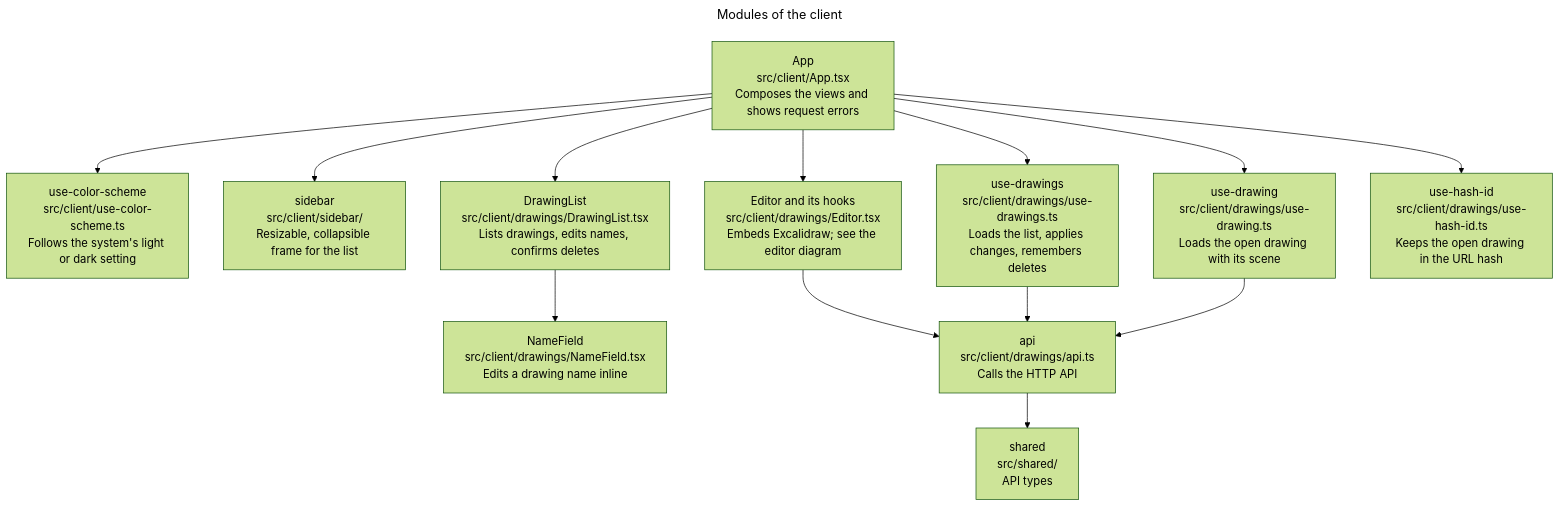
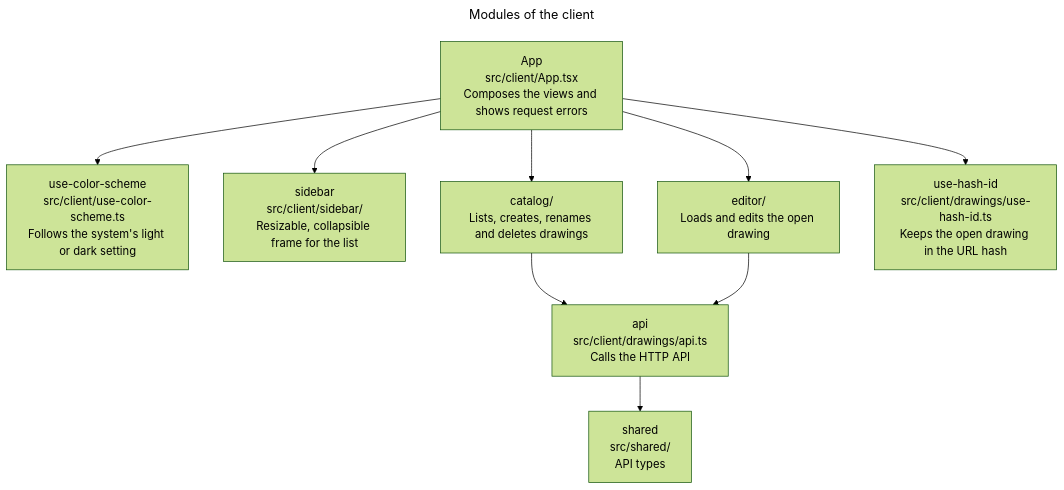
One commit to remshams/excalidraw-dashboard changed the fifth of 10 diagrams in docs/architecture/architecture.md. Above: the diagram before and after it, drawn with Mermaid (forest theme). The commit also changed other lines of this file and 1 other file, not shown here.

Commit message:
docs(Architecture): describe the editor and catalog modules

````diff
--- a/docs/architecture/architecture.md
+++ b/docs/architecture/architecture.md
@@ -111,23 +111,18 @@
 ```mermaid
 ---
 title: Modules of the client
 ---
 flowchart TD
     app["App<br>src/client/App.tsx<br>Composes the views and shows request errors"]:::module
     scheme["use-color-scheme<br>src/client/use-color-scheme.ts<br>Follows the system's light or dark setting"]:::module
     sidebar["sidebar<br>src/client/sidebar/<br>Resizable, collapsible frame for the list"]:::module
-    list["DrawingList<br>src/client/drawings/DrawingList.tsx<br>Lists drawings, edits names, confirms deletes"]:::module
-    name["NameField<br>src/client/drawings/NameField.tsx<br>Edits a drawing name inline"]:::module
-    editor["Editor and its hooks<br>src/client/drawings/Editor.tsx<br>Embeds Excalidraw; see the editor diagram"]:::module
-    drawings["use-drawings<br>src/client/drawings/use-drawings.ts<br>Loads the list, applies changes, remembers deletes"]:::module
-    drawing["use-drawing<br>src/client/drawings/use-drawing.ts<br>Loads the open drawing with its scene"]:::module
+    catalog["catalog/<br>Lists, creates, renames and deletes drawings"]:::group
+    editor["editor/<br>Loads and edits the open drawing"]:::group
     hash["use-hash-id<br>src/client/drawings/use-hash-id.ts<br>Keeps the open drawing in the URL hash"]:::module
     api["api<br>src/client/drawings/api.ts<br>Calls the HTTP API"]:::module
     shared["shared<br>src/shared/<br>API types"]:::module
-    app --> scheme & sidebar & list & editor & drawings & drawing & hash
-    list --> name
+    app --> scheme & sidebar & catalog & editor & hash
+    catalog --> api
     editor --> api
-    drawings --> api
-    drawing --> api
     api --> shared
 ```
````
